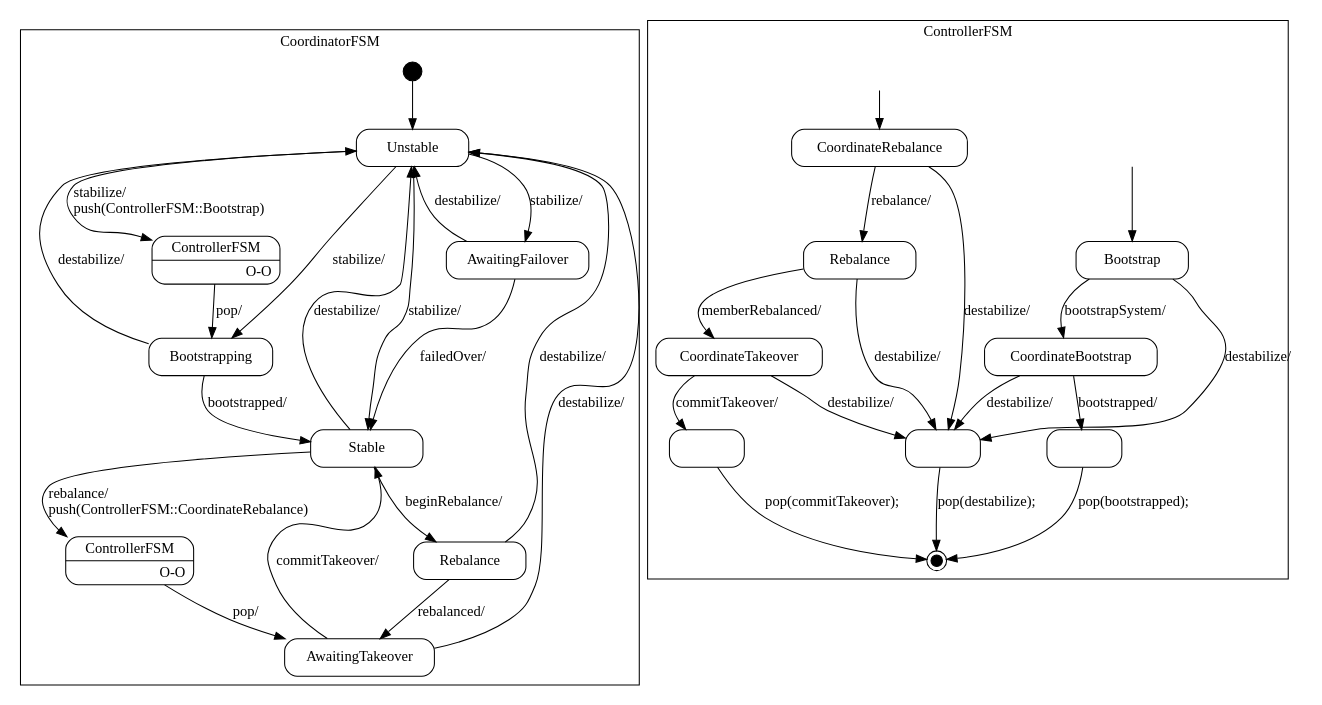
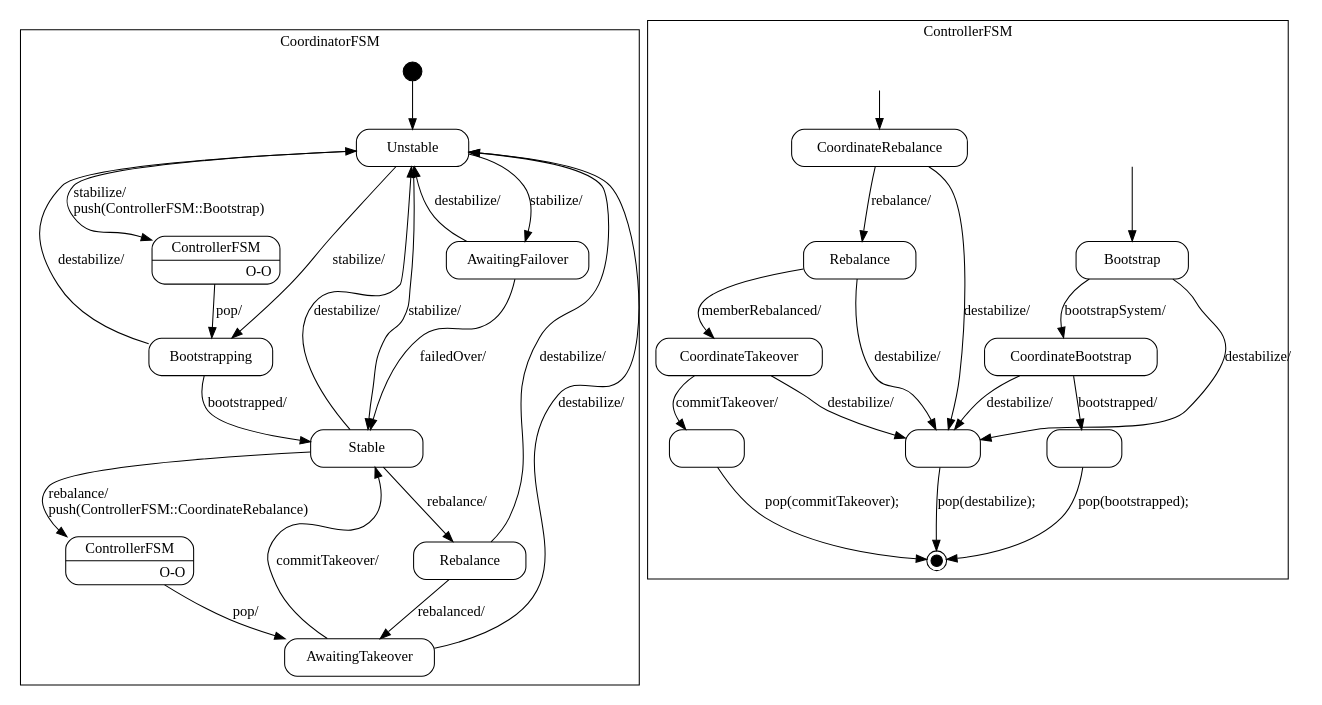
One commit to vmehra-sfdc/Ouroboros changed the diagram in producer/doc/Coordinator_sm.dot. Above: the diagram before and after it, drawn with Graphviz. The commit also changed 8 other files, not shown here.

```diff
--- a/producer/doc/Coordinator_sm.dot
+++ b/producer/doc/Coordinator_sm.dot
@@ -1,190 +1,190 @@
 digraph Coordinator {
 
     node
         [shape=Mrecord width=1.5];
 
     subgraph cluster_CoordinatorFSM {
 
         label="CoordinatorFSM";
 
         //
         // States (Nodes)
         //
 
         "CoordinatorFSM::Unstable"
             [label="{Unstable}"];
 
         "CoordinatorFSM::AwaitingFailover"
             [label="{AwaitingFailover}"];
 
         "CoordinatorFSM::Stable"
             [label="{Stable}"];
 
         "CoordinatorFSM::Bootstrapping"
             [label="{Bootstrapping}"];
 
         "CoordinatorFSM::Rebalance"
             [label="{Rebalance}"];
 
         "CoordinatorFSM::AwaitingTakeover"
             [label="{AwaitingTakeover}"];
 
         "CoordinatorFSM::Bootstrapping::ControllerFSM"
             [label="{ControllerFSM|O-O\r}"]
 
         "CoordinatorFSM::AwaitingTakeover::ControllerFSM"
             [label="{ControllerFSM|O-O\r}"]
 
         "%start"
             [label="" shape=circle style=filled fillcolor=black width=0.25];
 
         //
         // Transitions (Edges)
         //
 
         "CoordinatorFSM::Unstable" -> "CoordinatorFSM::AwaitingFailover"
             [label="stabilize/\l"];
 
         "CoordinatorFSM::Unstable" -> "CoordinatorFSM::Bootstrapping::ControllerFSM"
             [label="stabilize/\lpush(ControllerFSM::Bootstrap)\l"];
 
         "CoordinatorFSM::Unstable" -> "CoordinatorFSM::Bootstrapping"
             [label="stabilize/\l"];
 
         "CoordinatorFSM::Unstable" -> "CoordinatorFSM::Stable"
             [label="stabilize/\l"];
 
         "CoordinatorFSM::AwaitingFailover" -> "CoordinatorFSM::Stable"
             [label="failedOver/\l"];
 
         "CoordinatorFSM::AwaitingFailover" -> "CoordinatorFSM::Unstable"
             [label="destabilize/\l"];
 
         "CoordinatorFSM::Stable" -> "CoordinatorFSM::AwaitingTakeover::ControllerFSM"
             [label="rebalance/\lpush(ControllerFSM::CoordinateRebalance)\l"];
 
         "CoordinatorFSM::Stable" -> "CoordinatorFSM::Rebalance"
-            [label="beginRebalance/\l"];
+            [label="rebalance/\l"];
 
         "CoordinatorFSM::Stable" -> "CoordinatorFSM::Unstable"
             [label="destabilize/\l"];
 
         "CoordinatorFSM::Bootstrapping" -> "CoordinatorFSM::Stable"
             [label="bootstrapped/\l"];
 
         "CoordinatorFSM::Bootstrapping" -> "CoordinatorFSM::Unstable"
             [label="destabilize/\l"];
 
         "CoordinatorFSM::Rebalance" -> "CoordinatorFSM::AwaitingTakeover"
             [label="rebalanced/\l"];
 
         "CoordinatorFSM::Rebalance" -> "CoordinatorFSM::Unstable"
             [label="destabilize/\l"];
 
         "CoordinatorFSM::AwaitingTakeover" -> "CoordinatorFSM::Stable"
             [label="commitTakeover/\l"];
 
         "CoordinatorFSM::AwaitingTakeover" -> "CoordinatorFSM::Unstable"
             [label="destabilize/\l"];
 
         "CoordinatorFSM::Bootstrapping::ControllerFSM" -> "CoordinatorFSM::Bootstrapping"
             [label="pop/"]
 
         "CoordinatorFSM::AwaitingTakeover::ControllerFSM" -> "CoordinatorFSM::AwaitingTakeover"
             [label="pop/"]
 
         "%start" -> "CoordinatorFSM::Unstable"
     }
 
     subgraph cluster_ControllerFSM {
 
         label="ControllerFSM";
 
         //
         // States (Nodes)
         //
 
         "ControllerFSM::Bootstrap"
             [label="{Bootstrap}"];
 
         "ControllerFSM::CoordinateBootstrap"
             [label="{CoordinateBootstrap}"];
 
         "ControllerFSM::CoordinateRebalance"
             [label="{CoordinateRebalance}"];
 
         "ControllerFSM::Rebalance"
             [label="{Rebalance}"];
 
         "ControllerFSM::CoordinateTakeover"
             [label="{CoordinateTakeover}"];
 
         "ControllerFSM::pop(destabilize)"
             [label="" width=1]
 
         "ControllerFSM::pop(bootstrapped)"
             [label="" width=1]
 
         "ControllerFSM::pop(commitTakeover)"
             [label="" width=1]
 
         "ControllerFSM::%end"
             [label="" shape=doublecircle style=filled fillcolor=black width=0.15];
 
         "push(ControllerFSM::CoordinateRebalance)"
             [label="" shape=plaintext];
 
         "push(ControllerFSM::Bootstrap)"
             [label="" shape=plaintext];
 
         //
         // Transitions (Edges)
         //
 
         "ControllerFSM::Bootstrap" -> "ControllerFSM::CoordinateBootstrap"
             [label="bootstrapSystem/\l"];
 
         "ControllerFSM::Bootstrap" -> "ControllerFSM::pop(destabilize)"
             [label="destabilize/\l"];
 
         "ControllerFSM::CoordinateBootstrap" -> "ControllerFSM::pop(bootstrapped)"
             [label="bootstrapped/\l"];
 
         "ControllerFSM::CoordinateBootstrap" -> "ControllerFSM::pop(destabilize)"
             [label="destabilize/\l"];
 
         "ControllerFSM::CoordinateRebalance" -> "ControllerFSM::Rebalance"
             [label="rebalance/\l"];
 
         "ControllerFSM::CoordinateRebalance" -> "ControllerFSM::pop(destabilize)"
             [label="destabilize/\l"];
 
         "ControllerFSM::Rebalance" -> "ControllerFSM::CoordinateTakeover"
             [label="memberRebalanced/\l"];
 
         "ControllerFSM::Rebalance" -> "ControllerFSM::pop(destabilize)"
             [label="destabilize/\l"];
 
         "ControllerFSM::CoordinateTakeover" -> "ControllerFSM::pop(commitTakeover)"
             [label="commitTakeover/\l"];
 
         "ControllerFSM::CoordinateTakeover" -> "ControllerFSM::pop(destabilize)"
             [label="destabilize/\l"];
 
         "ControllerFSM::pop(destabilize)" -> "ControllerFSM::%end"
             [label="pop(destabilize);\l"];
 
         "ControllerFSM::pop(bootstrapped)" -> "ControllerFSM::%end"
             [label="pop(bootstrapped);\l"];
 
         "ControllerFSM::pop(commitTakeover)" -> "ControllerFSM::%end"
             [label="pop(commitTakeover);\l"];
 
         "push(ControllerFSM::CoordinateRebalance)" -> "ControllerFSM::CoordinateRebalance"
             [arrowtail=odot];
 
         "push(ControllerFSM::Bootstrap)" -> "ControllerFSM::Bootstrap"
             [arrowtail=odot];
     }
 
 }
```
